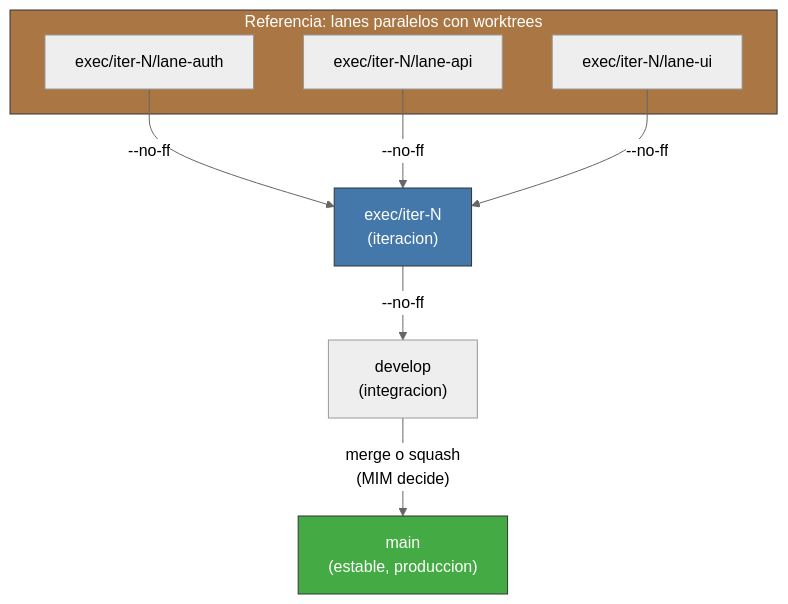
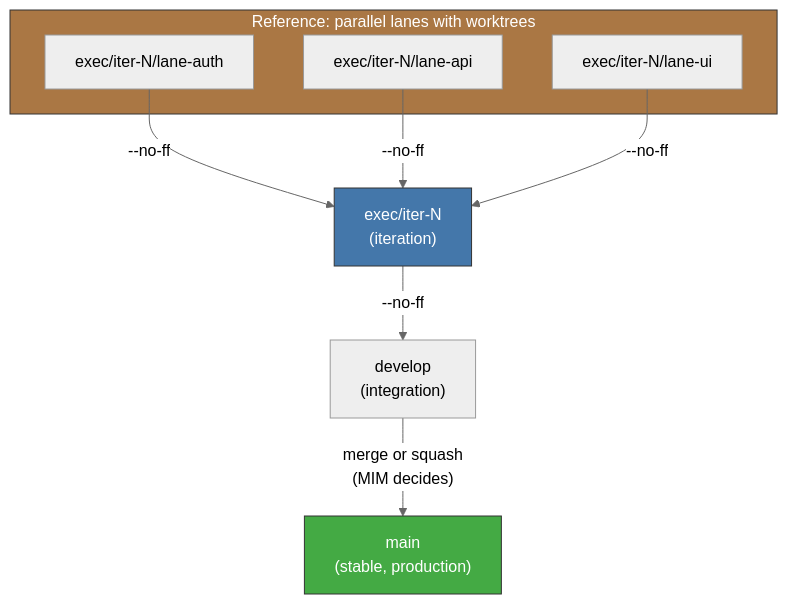
One commit to virgenherrera/virgil changed the diagram in principia/sections/31-git-strategy.md. Above: the diagram before and after it, drawn with Mermaid (neutral theme). The commit also changed other lines of this file and 42 other files, not shown here.

````diff
--- a/principia/sections/31-git-strategy.md
+++ b/principia/sections/31-git-strategy.md
@@ -38,20 +38,20 @@
 ```mermaid
 flowchart TD
-    MAIN["main\n(estable, produccion)"]
-    DEV["develop\n(integracion)"]
-    ITER["exec/iter-N\n(iteracion)"]
+    MAIN["main\n(stable, production)"]
+    DEV["develop\n(integration)"]
+    ITER["exec/iter-N\n(iteration)"]
 
-    subgraph LANES["Referencia: lanes paralelos con worktrees"]
+    subgraph LANES["Reference: parallel lanes with worktrees"]
         L1["exec/iter-N/lane-auth"]
         L2["exec/iter-N/lane-api"]
         L3["exec/iter-N/lane-ui"]
     end
 
     L1 & L2 & L3 -->|"--no-ff"| ITER
     ITER -->|"--no-ff"| DEV
-    DEV -->|"merge o squash\n(MIM decide)"| MAIN
+    DEV -->|"merge or squash\n(MIM decides)"| MAIN
 
     style MAIN fill:#4a4,stroke:#333,color:#fff
     style ITER fill:#47a,stroke:#333,color:#fff
     style LANES fill:#a74,stroke:#333,color:#fff
 ```
````
